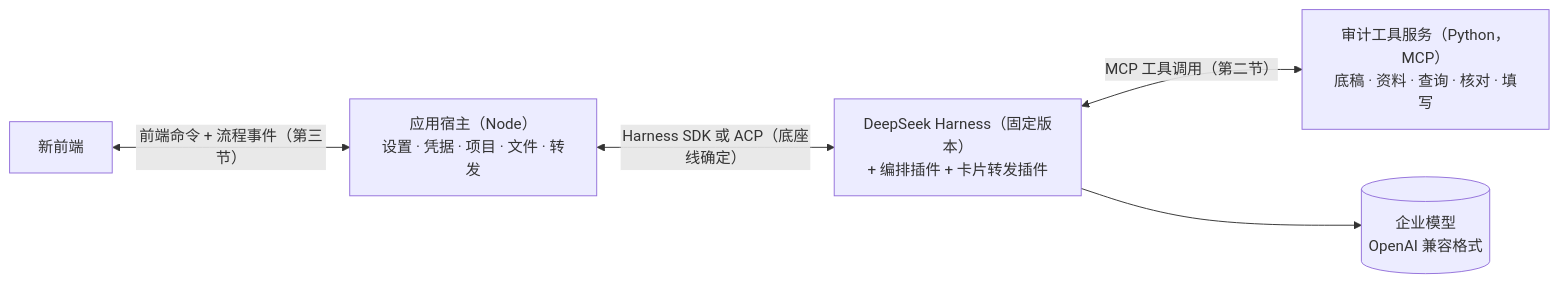
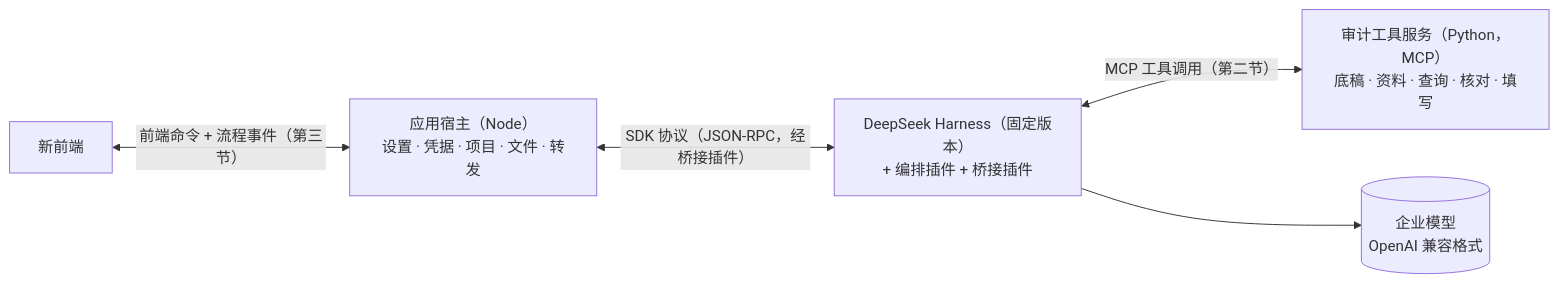
The diagram in docs/实现设计/接口约定-20261017.md (frozen-s-e-a/agent), drawn with Mermaid before and after one commit. The commit also changed other lines of this file, not shown here.

First line of the commit message:
接口约定：按 Harness 实测定下宿主连接和卡片通道

````diff
--- a/docs/实现设计/接口约定-20261017.md
+++ b/docs/实现设计/接口约定-20261017.md
@@ -15,13 +16,13 @@
 ```mermaid
 flowchart LR
     FE["新前端"]
     HOST["应用宿主（Node）<br/>设置 · 凭据 · 项目 · 文件 · 转发"]
-    DSH["DeepSeek Harness（固定版本）<br/>+ 编排插件 + 卡片转发插件"]
+    DSH["DeepSeek Harness（固定版本）<br/>+ 编排插件 + 桥接插件"]
     TOOLS["审计工具服务（Python，MCP）<br/>底稿 · 资料 · 查询 · 核对 · 填写"]
     LLM[("企业模型<br/>OpenAI 兼容格式")]
 
     FE <-->|"前端命令 + 流程事件（第三节）"| HOST
-    HOST <-->|"Harness SDK 或 ACP（底座线确定）"| DSH
+    HOST <-->|"SDK 协议（JSON-RPC，经桥接插件）"| DSH
     DSH <-->|"MCP 工具调用（第二节）"| TOOLS
     DSH --> LLM
 ```
````
